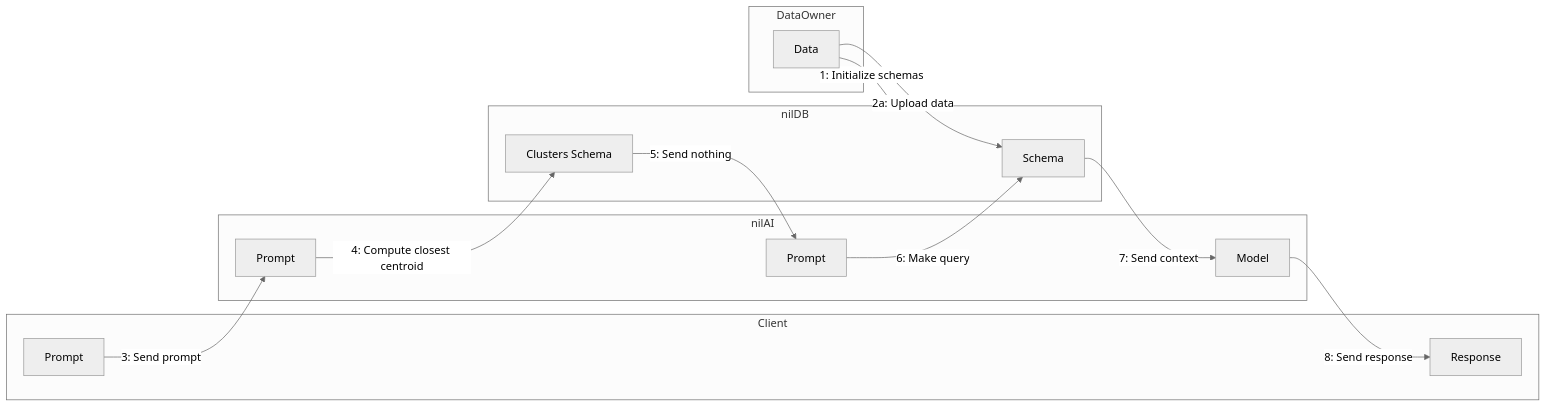
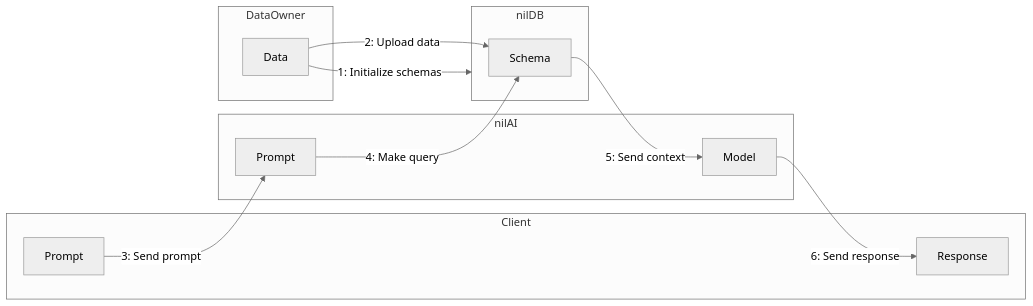
Before and after one commit to NillionNetwork/nilrag: the first of 2 diagrams in README.md, drawn with Mermaid (neutral theme). The commit also changed other lines of this file and 6 other files, not shown here.

````diff
--- a/README.md
+++ b/README.md
@@ -204,35 +215,31 @@
 ```mermaid
 graph LR
     %% Swimlanes
     subgraph Client
         A1[Prompt]
         A2[Response]
     end
 
     subgraph nilAI
         B1[Prompt]
-        B2[Prompt]
         B3[Model]
     end
 
     subgraph nilDB
         C1[Schema]
-        C2[Clusters Schema]
     end
 
     subgraph DataOwner
         D1[Data]
     end
 
     %% Connections
     A1 -- 3: Send prompt --> B1
-    B1 -- 4: Compute closest centroid --> C2
-    C2 -- 5: Send nothing --> B2
-    B2 -- 6: Make query --> C1
-    C1 -- 7: Send context --> B3
-    B3 -- 8: Send response --> A2
+    B1 -- 4: Make query --> C1
+    C1 -- 5: Send context --> B3
+    B3 -- 6: Send response --> A2
 
     %% Data upload flow
     D1 -- 1: Initialize schemas --> nilDB
-    D1 -- 2a: Upload data --> C1
+    D1 -- 2: Upload data --> C1
 ```
````
